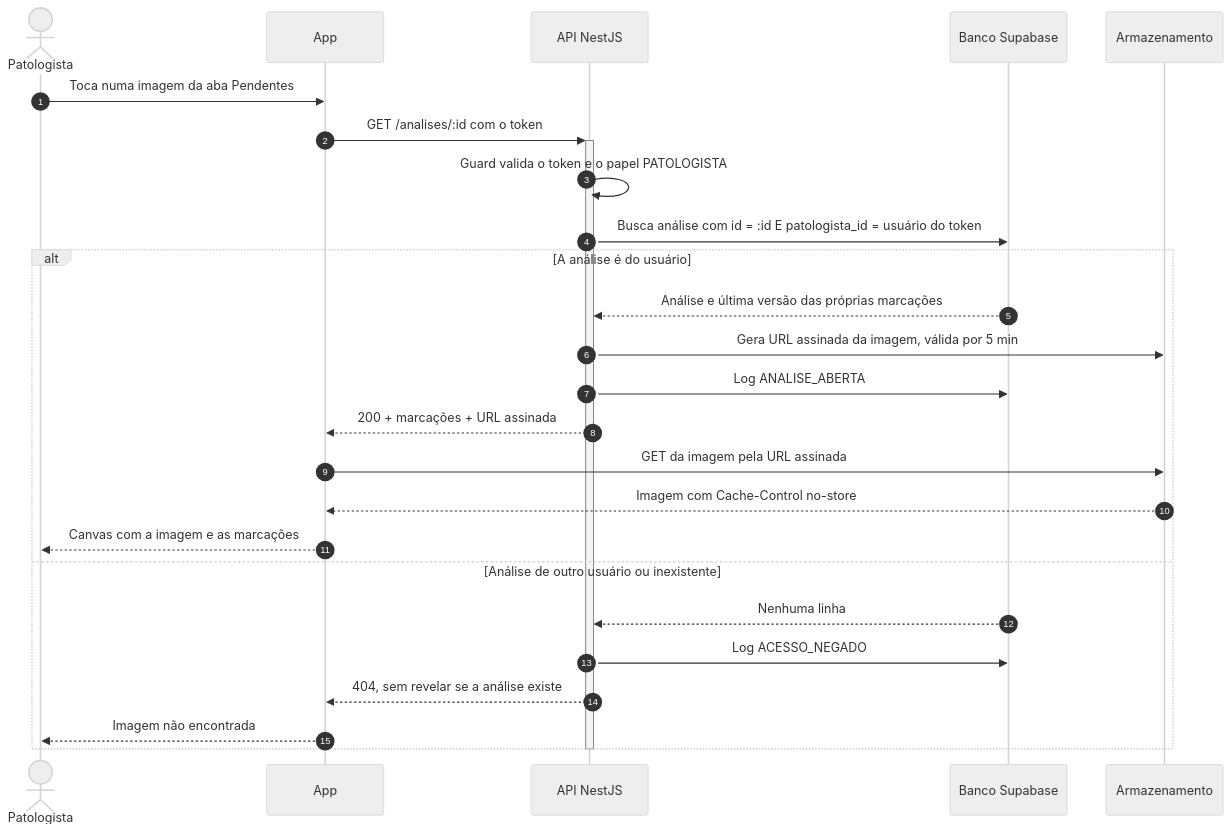
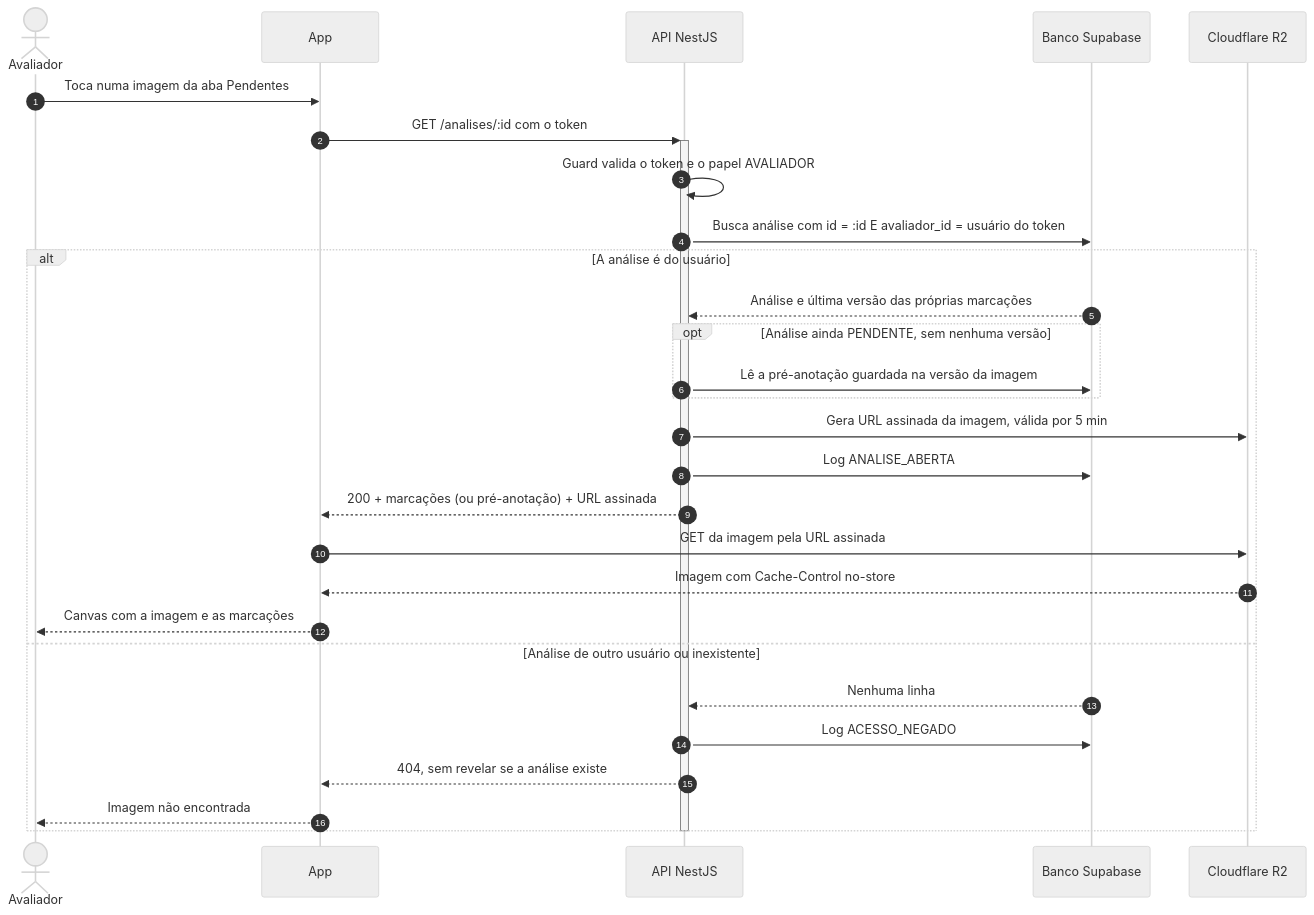
One commit to Matheus-Lordron/ki67 changed the seventh of 13 diagrams in docs/02-arquitetura.md. Above: the diagram before and after it, drawn with Mermaid (neutral theme). The commit also changed other lines of this file and 6 other files, not shown here.

````diff
--- a/docs/02-arquitetura.md
+++ b/docs/02-arquitetura.md
@@ -250,29 +299,32 @@
 ```mermaid
 sequenceDiagram
     autonumber
-    actor P as Patologista
+    actor A as Avaliador
     participant App
     participant API as API NestJS
     participant DB as Banco Supabase
-    participant ARQ as Armazenamento
+    participant ARQ as Cloudflare R2
 
-    P->>App: Toca numa imagem da aba Pendentes
+    A->>App: Toca numa imagem da aba Pendentes
     App->>+API: GET /analises/:id com o token
-    API->>API: Guard valida o token e o papel PATOLOGISTA
-    API->>DB: Busca análise com id = :id E patologista_id = usuário do token
+    API->>API: Guard valida o token e o papel AVALIADOR
+    API->>DB: Busca análise com id = :id E avaliador_id = usuário do token
     alt A análise é do usuário
         DB-->>API: Análise e última versão das próprias marcações
+        opt Análise ainda PENDENTE, sem nenhuma versão
+            API->>DB: Lê a pré-anotação guardada na versão da imagem
+        end
         API->>ARQ: Gera URL assinada da imagem, válida por 5 min
         API->>DB: Log ANALISE_ABERTA
-        API-->>App: 200 + marcações + URL assinada
+        API-->>App: 200 + marcações (ou pré-anotação) + URL assinada
         App->>ARQ: GET da imagem pela URL assinada
         ARQ-->>App: Imagem com Cache-Control no-store
-        App-->>P: Canvas com a imagem e as marcações
+        App-->>A: Canvas com a imagem e as marcações
     else Análise de outro usuário ou inexistente
         DB-->>API: Nenhuma linha
         API->>DB: Log ACESSO_NEGADO
         API-->>App: 404, sem revelar se a análise existe
-        App-->>P: Imagem não encontrada
+        App-->>A: Imagem não encontrada
     end
     deactivate API
 ```
````
